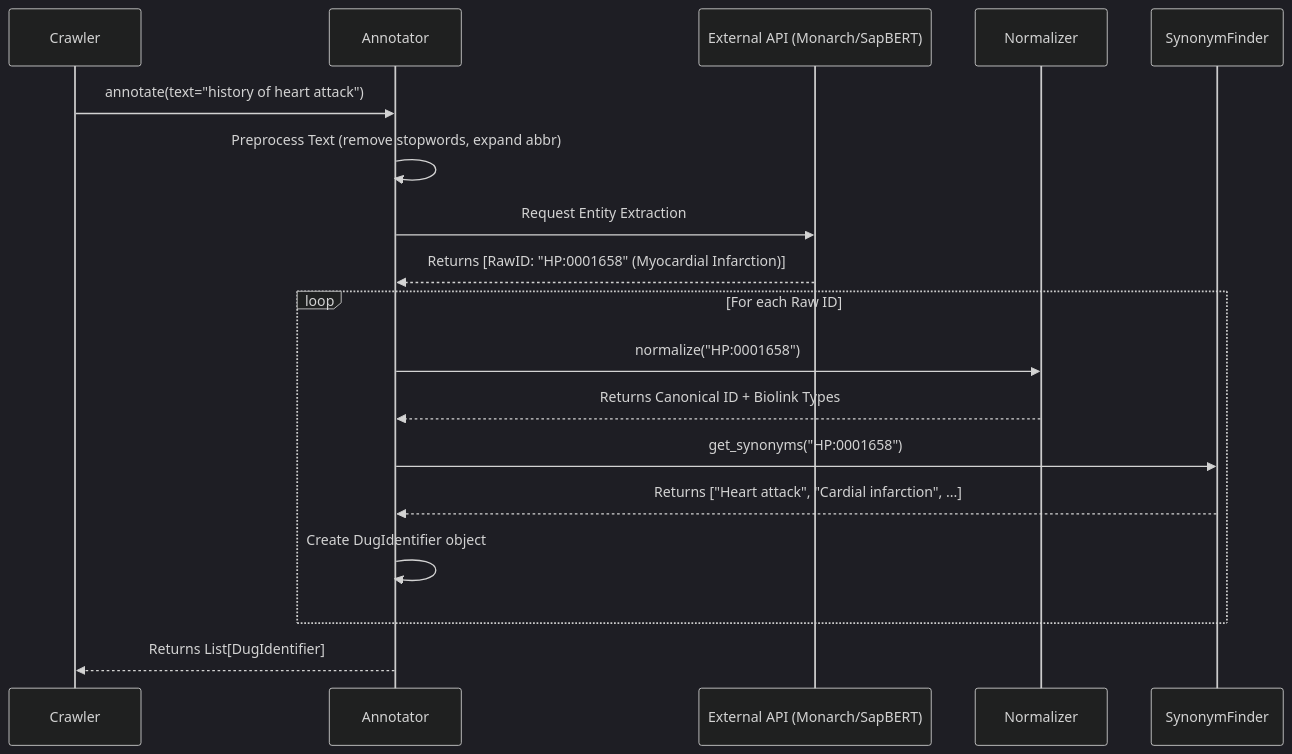
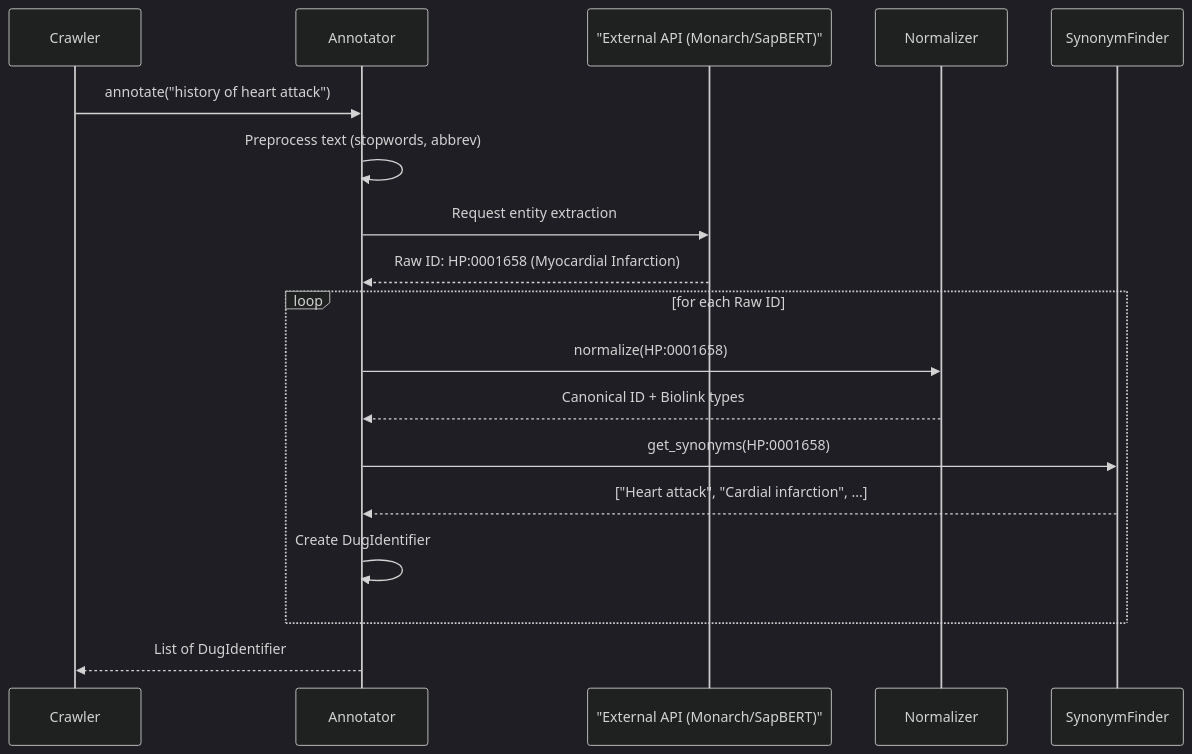
The diagram in docs/development-guide/dug/annotators.md (helxplatform/search-documentation), drawn with Mermaid (dark theme) before and after one commit.

Commit message:
adding mkrequriements

````diff
--- a/docs/development-guide/dug/annotators.md
+++ b/docs/development-guide/dug/annotators.md
@@ -38,25 +38,26 @@
 ```mermaid
 sequenceDiagram
     participant C as Crawler
     participant A as Annotator
-    participant API as External API (Monarch/SapBERT)
+    participant API as "External API (Monarch/SapBERT)"
     participant N as Normalizer
     participant S as SynonymFinder
 
-    C->>A: annotate(text="history of heart attack")
-    A->>A: Preprocess Text (remove stopwords, expand abbr)
-    A->>API: Request Entity Extraction
-    API-->>A: Returns [RawID: "HP:0001658" (Myocardial Infarction)]
+    C->>A: annotate("history of heart attack")
+    A->>A: Preprocess text (stopwords, abbrev)
+    A->>API: Request entity extraction
+    API-->>A: Raw ID: HP:0001658 (Myocardial Infarction)
     
-    loop For each Raw ID
-        A->>N: normalize("HP:0001658")
-        N-->>A: Returns Canonical ID + Biolink Types
-        
-        A->>S: get_synonyms("HP:0001658")
-        S-->>A: Returns ["Heart attack", "Cardial infarction", ...]
-        
-        A->>A: Create DugIdentifier object
+    loop for each Raw ID
+        A->>N: normalize(HP:0001658)
+        N-->>A: Canonical ID + Biolink types
+
+        A->>S: get_synonyms(HP:0001658)
+        S-->>A: ["Heart attack", "Cardial infarction", ...]
+
+        A->>A: Create DugIdentifier
     end
-    
-    A-->>C: Returns List[DugIdentifier]
+
+    A-->>C: List of DugIdentifier
+
 ```
````
